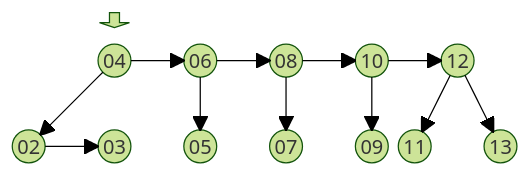
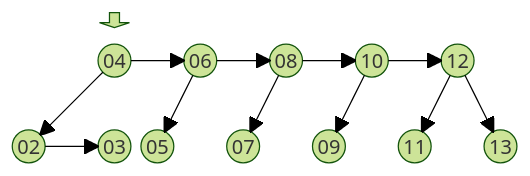
One commit to BenhurUFSM/l226b changed diagram 17 of 18 in Assuntos/arvore-aa.md. Above: the diagram before and after it, drawn with Mermaid (forest theme). The commit also changed other lines of this file, not shown here.

````diff
--- a/Assuntos/arvore-aa.md
+++ b/Assuntos/arvore-aa.md
@@ -471,19 +471,19 @@
 ```mermaid
 block
 columns 12
 space:2 f<[" "]>(down) space:9
 space:2 r(("04")) space d(("06")) space dd(("08")) space ddd(("10")) space dddd(("12")) space
 space:12
-e(("02")) space ed(("03")) space de(("05")) space dde(("07")) space ddde(("09")) dddde(("11")) space ddddd(("13"))
+e(("02")) space ed(("03")) de(("05")) space dde(("07")) space ddde(("09")) space dddde(("11")) space ddddd(("13"))
 r-->e
 r-->d
 e-->ed
 d-->de
 d-->dd
 dd-->dde
 dd-->ddd
 ddd-->ddde
 ddd-->dddd
 dddd-->dddde
 dddd-->ddddd
 ```
````
